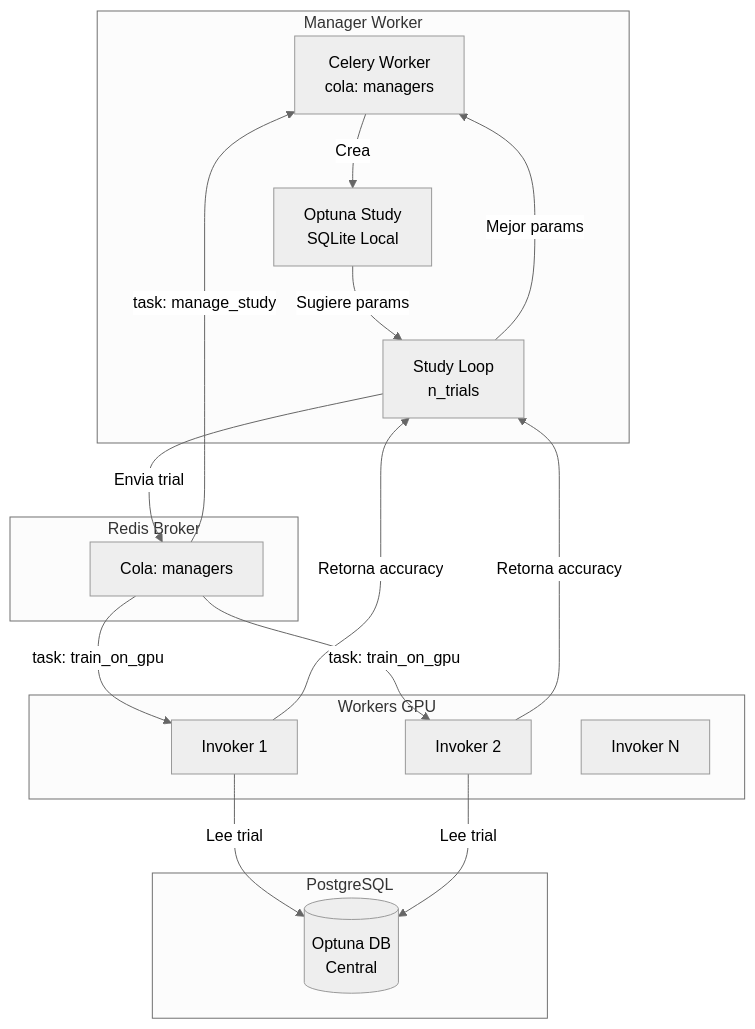
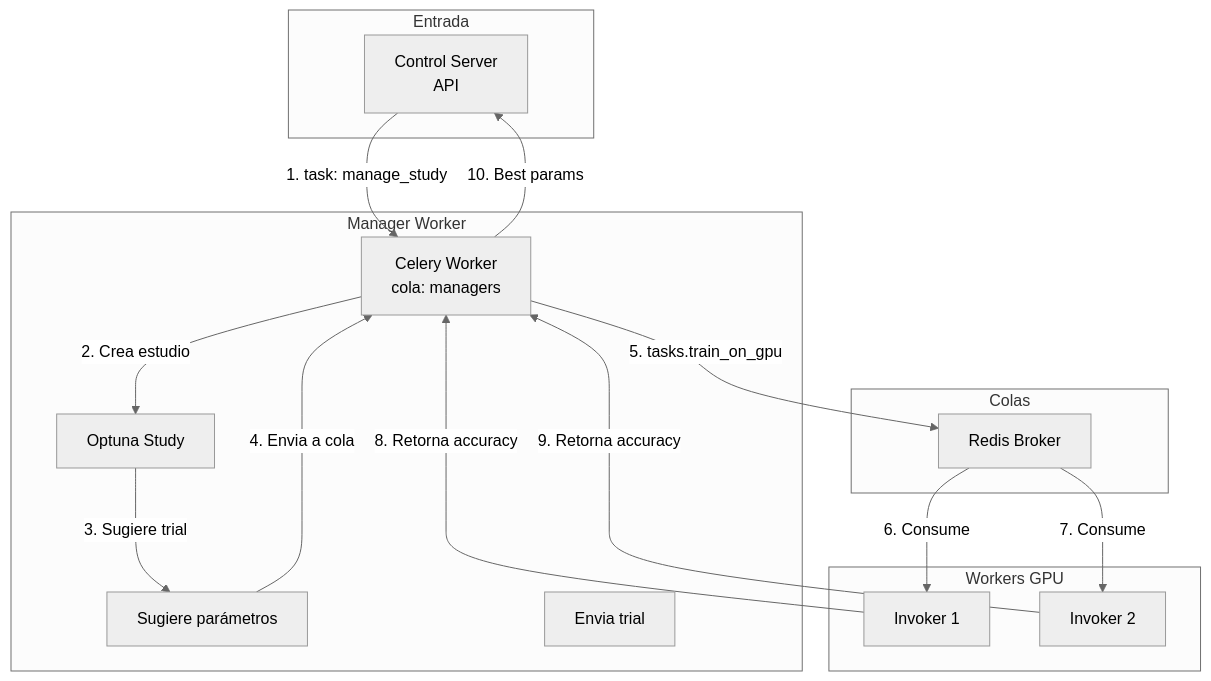
One commit to wisrovi/wyoloservice2_manager changed the first of 3 diagrams in README.md. Above: the diagram before and after it, drawn with Mermaid (neutral theme). The commit also changed other lines of this file, not shown here.

Commit message:
docs: Update README with architecture diagrams (walkthrough, workflow, components, lifecycle, files)

````diff
--- a/README.md
+++ b/README.md
@@ -7,34 +9,34 @@
 ```mermaid
-graph TD
+flowchart TD
+    subgraph "Entrada"
+        API[Control Server<br/>API]
+    end
+
     subgraph "Manager Worker"
         M[Celery Worker<br/>cola: managers]
-        O[Optuna Study<br/>SQLite Local]
-        L[Study Loop<br/>n_trials]
+        O[Optuna Study]
+        S[Sugiere parámetros]
+        W[Envia trial]
     end
+
+    subgraph "Colas"
+        Q[Redis Broker]
+    end
+
+    subgraph "Workers GPU"
+        I1[Invoker 1]
+        I2[Invoker 2]
+    end
+
+    API -->|1. task: manage_study| M
+    M -->|2. Crea estudio| O
+    O -->|3. Sugiere trial| S
+    S -->|4. Envia a cola| M
+    M -->|5. tasks.train_on_gpu| Q
+    Q -->|6. Consume| I1
+    Q -->|7. Consume| I2
     
-    subgraph "Redis Broker"
-        Q[Cola: managers]
-    end
-    
-    subgraph "Workers GPU"
-        W1[Invoker 1]
-        W2[Invoker 2]
-        WN[Invoker N]
-    end
-    
-    subgraph "PostgreSQL"
-        DB[(Optuna DB<br/>Central)]
-    end
-    
-    Q -->|task: manage_study| M
-    M -->|Crea| O
-    O -->|Sugiere params| L
-    L -->|Envia trial| Q
-    Q -->|task: train_on_gpu| W1
-    Q -->|task: train_on_gpu| W2
-    W1 -->|Lee trial| DB
-    W2 -->|Lee trial| DB
-    W1 -->|Retorna accuracy| L
-    W2 -->|Retorna accuracy| L
-    L -->|Mejor params| M
+    I1 -->|8. Retorna accuracy| M
+    I2 -->|9. Retorna accuracy| M
+    M -->|10. Best params| API
 ```
````
